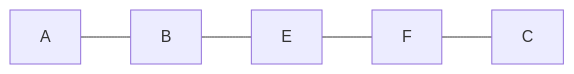
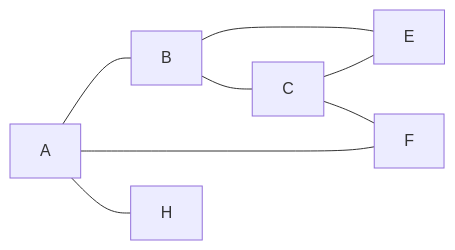
Before and after one commit to Tiggax/Zapiski: the second of 2 diagrams in 2. Letnik/2. semester/Algoritmi v Bioinformatiki/1.p Nedeterminizem.md, drawn with Mermaid. The commit also changed other lines of this file, not shown here.

````diff
--- a/2. Letnik/2. semester/Algoritmi v Bioinformatiki/1.p Nedeterminizem.md
+++ b/2. Letnik/2. semester/Algoritmi v Bioinformatiki/1.p Nedeterminizem.md
@@ -177,6 +177,7 @@
 ```mermaid
 graph LR
 
-A---B---E---F---C
-
+A---B & F & H
+B---E & C
+C---E & F
 ```
````
